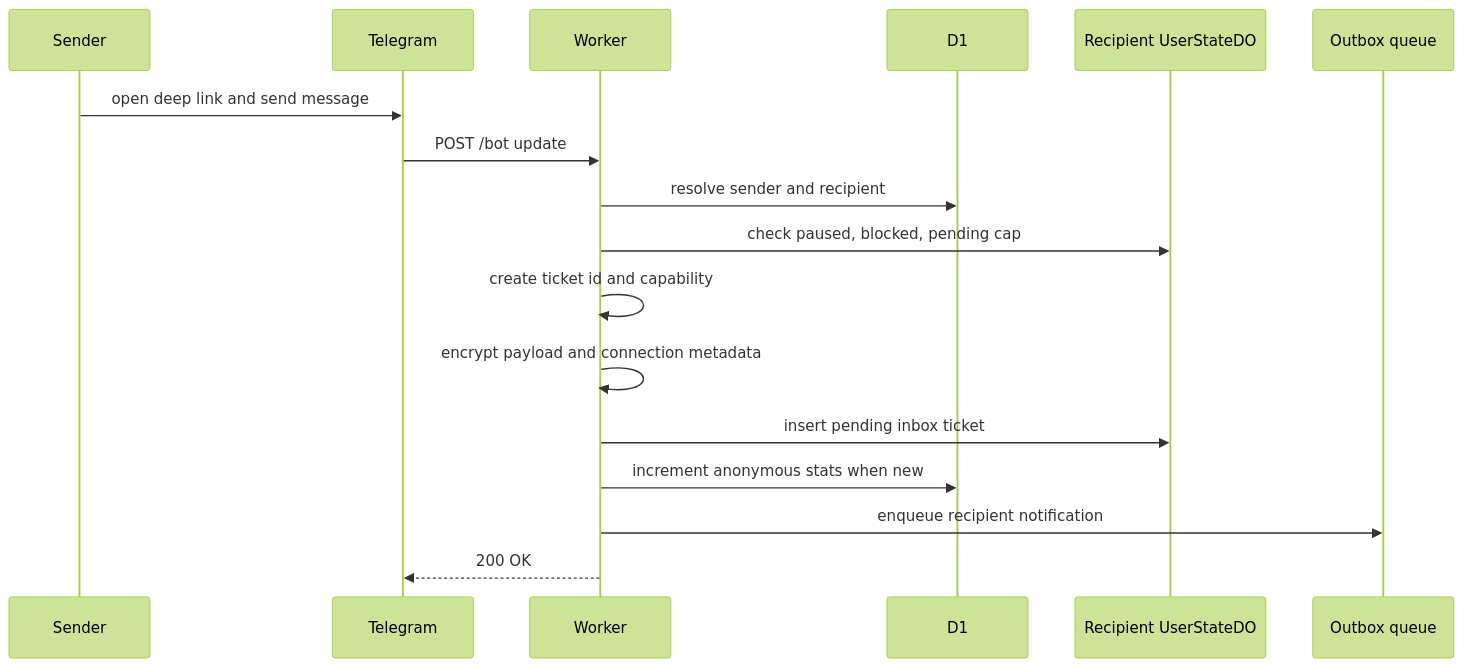
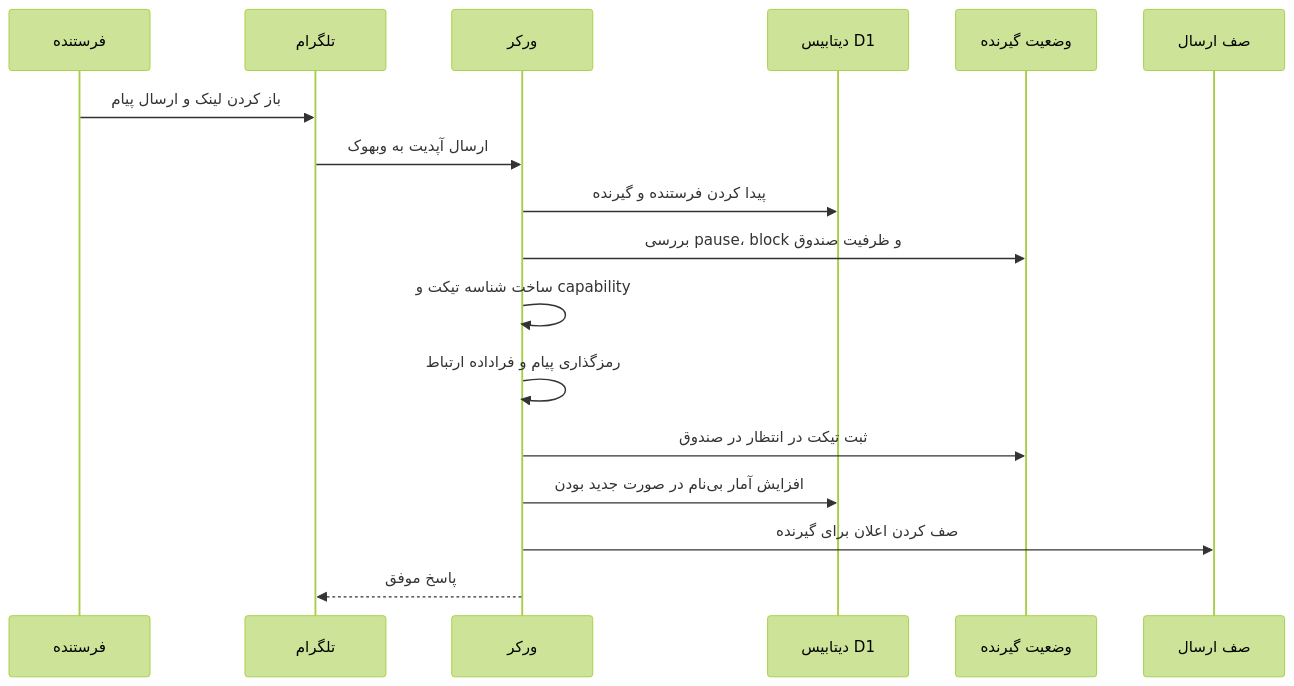
The fourth of 8 diagrams in content/fa/lab/anonymous-messaging-on-the-edge.md (mohetios/mohetios.dev), drawn with Mermaid (forest theme) before and after one commit. The commit also changed other lines of this file and 1 other file, not shown here.

````diff
--- a/content/fa/lab/anonymous-messaging-on-the-edge.md
+++ b/content/fa/lab/anonymous-messaging-on-the-edge.md
@@ -326,20 +326,20 @@
 ```mermaid
 sequenceDiagram
-  participant S as Sender
-  participant TG as Telegram
-  participant W as Worker
-  participant D1 as D1
-  participant RDO as Recipient UserStateDO
-  participant Q as Outbox queue
+  participant S as فرستنده
+  participant TG as تلگرام
+  participant W as ورکر
+  participant D1 as دیتابیس D1
+  participant RDO as وضعیت گیرنده
+  participant Q as صف ارسال
 
-  S->>TG: open deep link and send message
-  TG->>W: POST /bot update
-  W->>D1: resolve sender and recipient
-  W->>RDO: check paused, blocked, pending cap
-  W->>W: create ticket id and capability
-  W->>W: encrypt payload and connection metadata
-  W->>RDO: insert pending inbox ticket
-  W->>D1: increment anonymous stats when new
-  W->>Q: enqueue recipient notification
-  W-->>TG: 200 OK
+  S->>TG: باز کردن لینک و ارسال پیام
+  TG->>W: ارسال آپدیت به وبهوک
+  W->>D1: پیدا کردن فرستنده و گیرنده
+  W->>RDO: بررسی pause، block و ظرفیت صندوق
+  W->>W: ساخت شناسه تیکت و capability
+  W->>W: رمزگذاری پیام و فراداده ارتباط
+  W->>RDO: ثبت تیکت در انتظار در صندوق
+  W->>D1: افزایش آمار بی‌نام در صورت جدید بودن
+  W->>Q: صف کردن اعلان برای گیرنده
+  W-->>TG: پاسخ موفق
 ```
````
